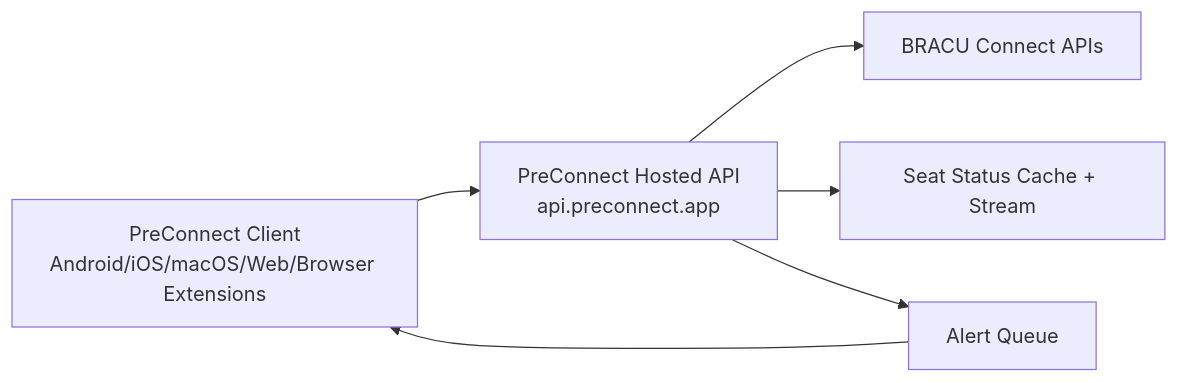
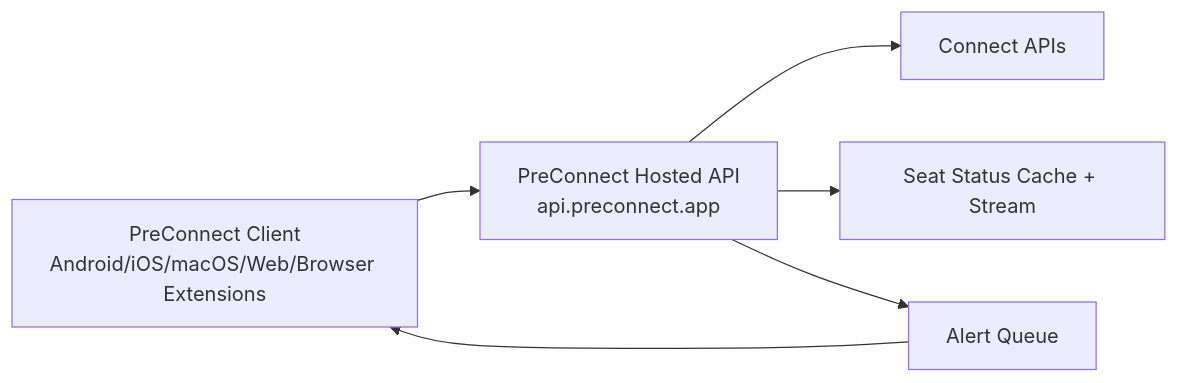
Before and after one commit to sabbirba/preconnect: the diagram in README.md, drawn with Mermaid. The commit also changed other lines of this file and 12 other files, not shown here.

Commit message:
refactor: replace 'BRACU' with 'Connect' in various files for consistency

````diff
--- a/README.md
+++ b/README.md
@@ -200,8 +200,8 @@
 ```mermaid
 flowchart LR
   A[PreConnect Client\nAndroid/iOS/macOS/Web/Browser Extensions] --> B[PreConnect Hosted API\napi.preconnect.app]
-  B --> C[BRACU Connect APIs]
+  B --> C[Connect APIs]
   B --> D[Seat Status Cache + Stream]
   B --> E[Alert Queue]
   E --> A
 ```
````
